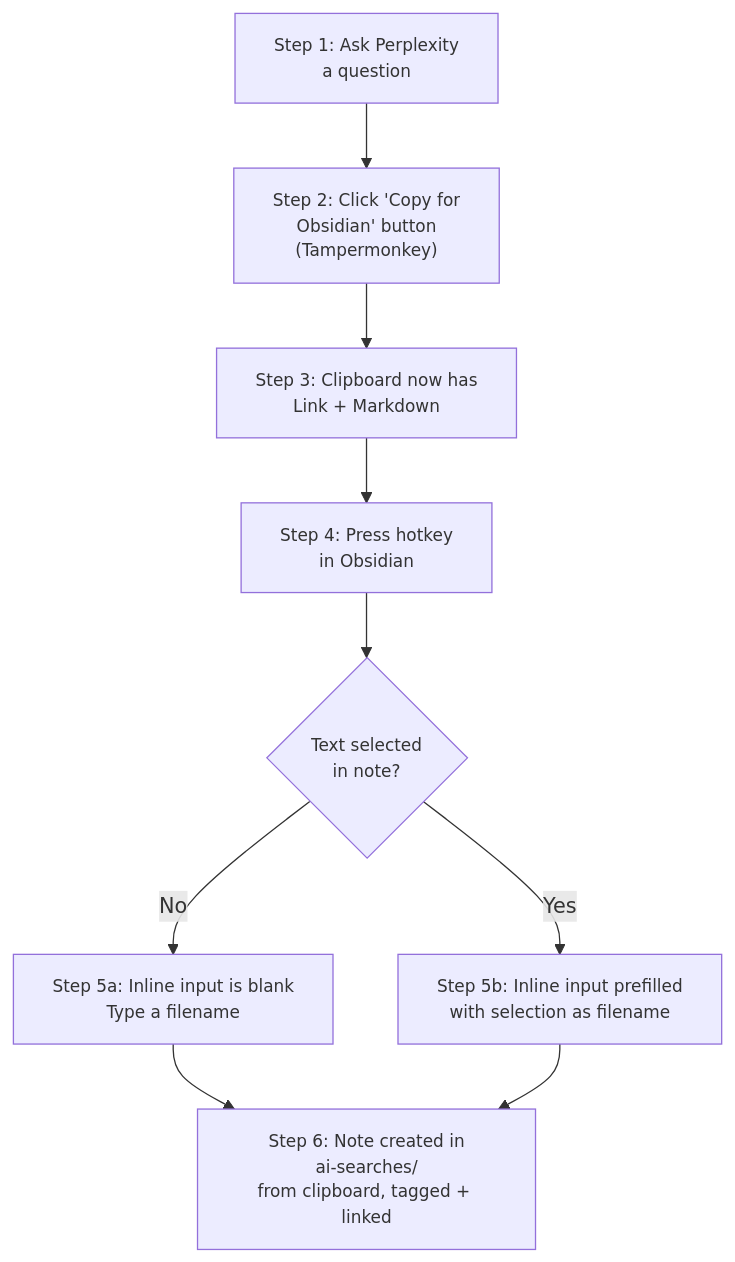
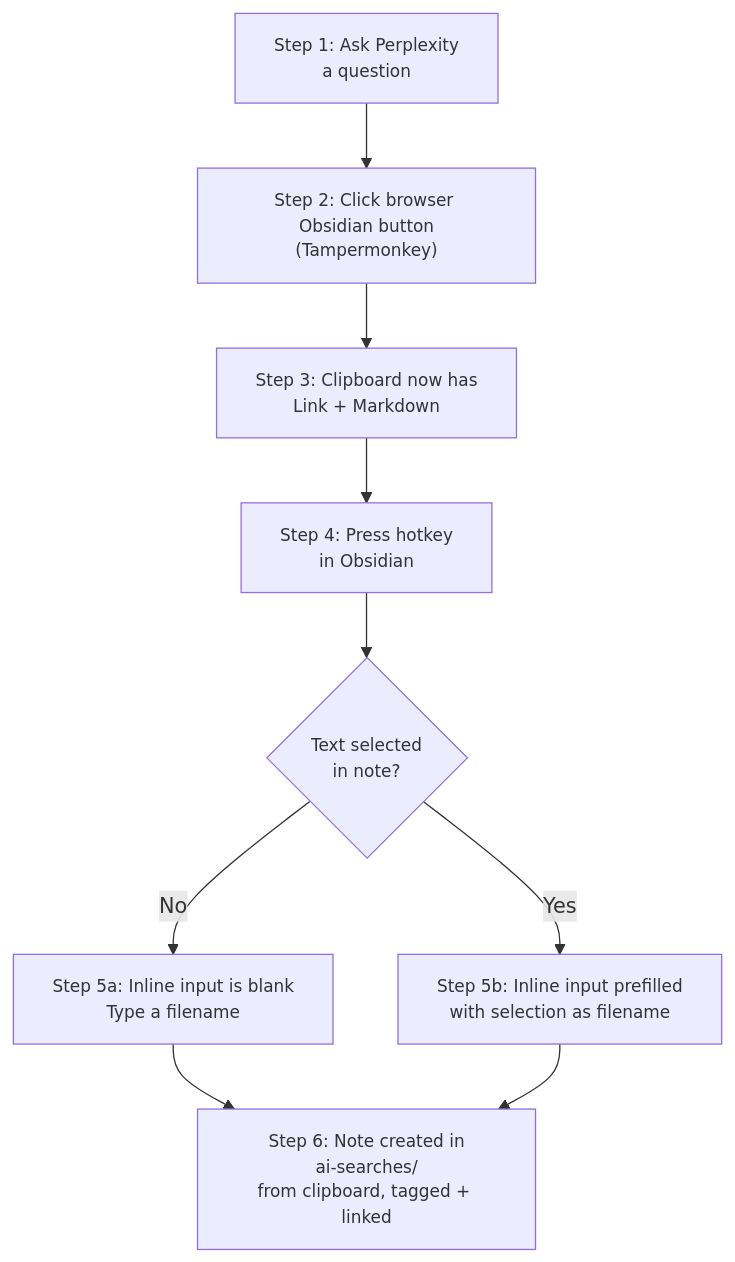
The diagram in README.md (notuntoward/obsidian-perplexity-saver), drawn with Mermaid before and after one commit.

Commit message:
Update flowchart step description in README

````diff
--- a/README.md
+++ b/README.md
@@ -12,17 +12,17 @@
 ```mermaid
 flowchart TD
-    A["Step 1: Ask Perplexity<br/>a question"] --> B["Step 2: Click 'Copy for<br/>Obsidian' button<br/>(Tampermonkey)"]
+    A["Step 1: Ask Perplexity<br/>a question"] --> B["Step 2: Click browser Obsidian button<br/>(Tampermonkey)"]
     B --> C["Step 3: Clipboard now has<br/>Link + Markdown"]
     C --> D["Step 4: Press hotkey<br/>in Obsidian"]
     D --> E{"Text selected<br/>in note?"}
     E -->|No| F["Step 5a: Inline input is blank<br/>Type a filename"]
     E -->|Yes| G["Step 5b: Inline input prefilled<br/>with selection as filename"]
     F --> H["Step 6: Note created in<br/>ai-searches/<br/>from clipboard, tagged + linked"]
     G --> H
 
     %% Define the smaller font style
     classDef smallFont font-size:13px;
     
     %% Assign the style to all nodes at once
     class A,B,C,D,E,F,G,H smallFont;
 ```
````
